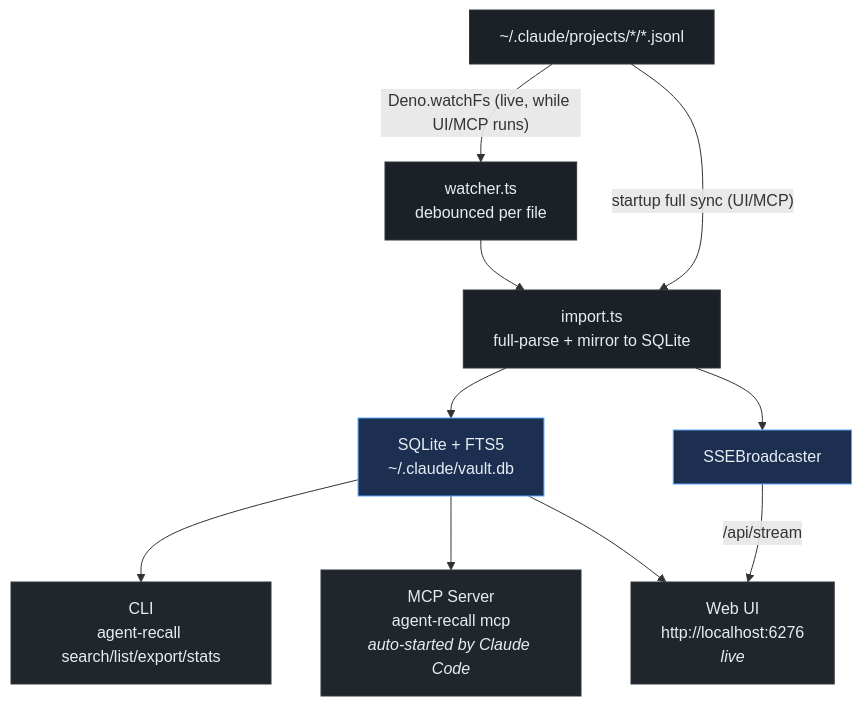
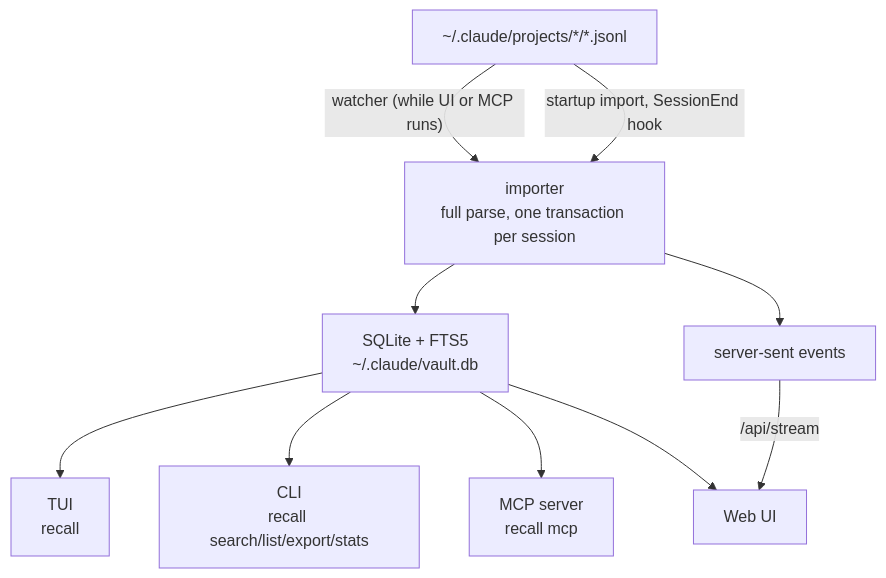
Before and after one commit to babarot/agent-recall: the diagram in README.md, drawn with Mermaid. The commit also changed other lines of this file and 69 other files, not shown here.

First line of the commit message:
feat!: switch to the Go implementation and rename to claude-recall

````diff
--- a/README.md
+++ b/README.md
@@ -260,22 +247,13 @@
 ```mermaid
 flowchart TD
     JSONL["~/.claude/projects/*/*.jsonl"]
-    JSONL -->|"Deno.watchFs (live, while UI/MCP runs)"| Watcher["watcher.ts<br/>debounced per file"]
-    JSONL -->|"startup full sync (UI/MCP)"| Import["import.ts<br/>full-parse + mirror to SQLite"]
-    Watcher --> Import
+    JSONL -->|"watcher (while UI or MCP runs)"| Import["importer<br/>full parse, one transaction per session"]
+    JSONL -->|"startup import, SessionEnd hook"| Import
     Import --> DB["SQLite + FTS5<br/>~/.claude/vault.db"]
-    Import --> SSE["SSEBroadcaster"]
-    SSE -->|/api/stream| UI["Web UI<br/>http://localhost:6276<br/><i>live</i>"]
-    DB --> CLI["CLI<br/>agent-recall search/list/export/stats"]
-    DB --> MCP["MCP Server<br/>agent-recall mcp<br/><i>auto-started by Claude Code</i>"]
+    Import --> SSE["server-sent events"]
+    SSE -->|/api/stream| UI["Web UI"]
+    DB --> TUI["TUI<br/>recall"]
+    DB --> CLI["CLI<br/>recall search/list/export/stats"]
+    DB --> MCP["MCP server<br/>recall mcp"]
     DB --> UI
-
-    style JSONL fill:#1c2128,stroke:#30363d,color:#e6edf3
-    style Import fill:#1c2128,stroke:#30363d,color:#e6edf3
-    style Watcher fill:#1c2128,stroke:#30363d,color:#e6edf3
-    style DB fill:#1c2f50,stroke:#58a6ff,color:#e6edf3
-    style SSE fill:#1c2f50,stroke:#58a6ff,color:#e6edf3
-    style CLI fill:#21262d,stroke:#30363d,color:#e6edf3
-    style MCP fill:#21262d,stroke:#30363d,color:#e6edf3
-    style UI fill:#21262d,stroke:#30363d,color:#e6edf3
 ```
````
